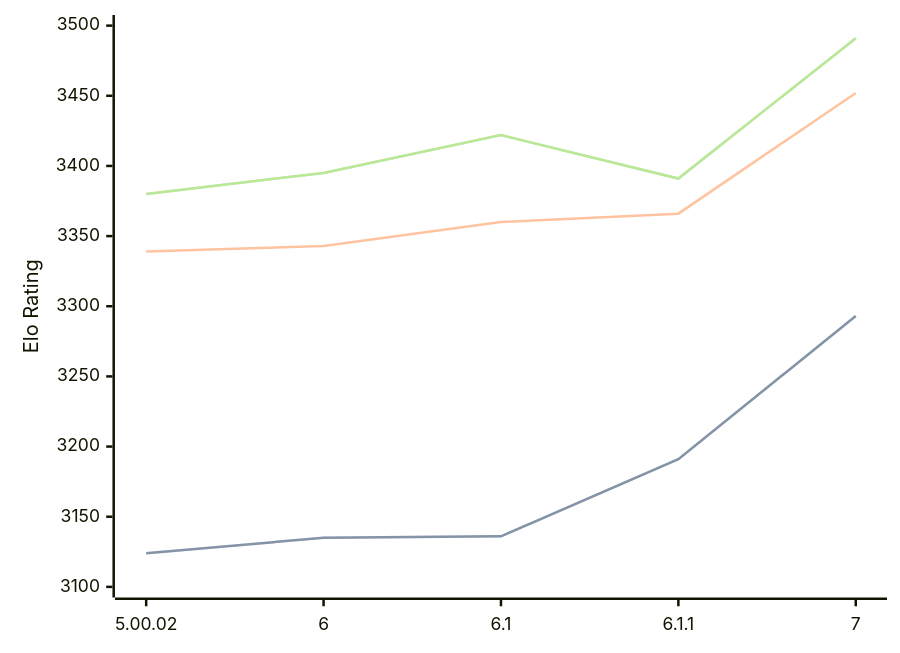
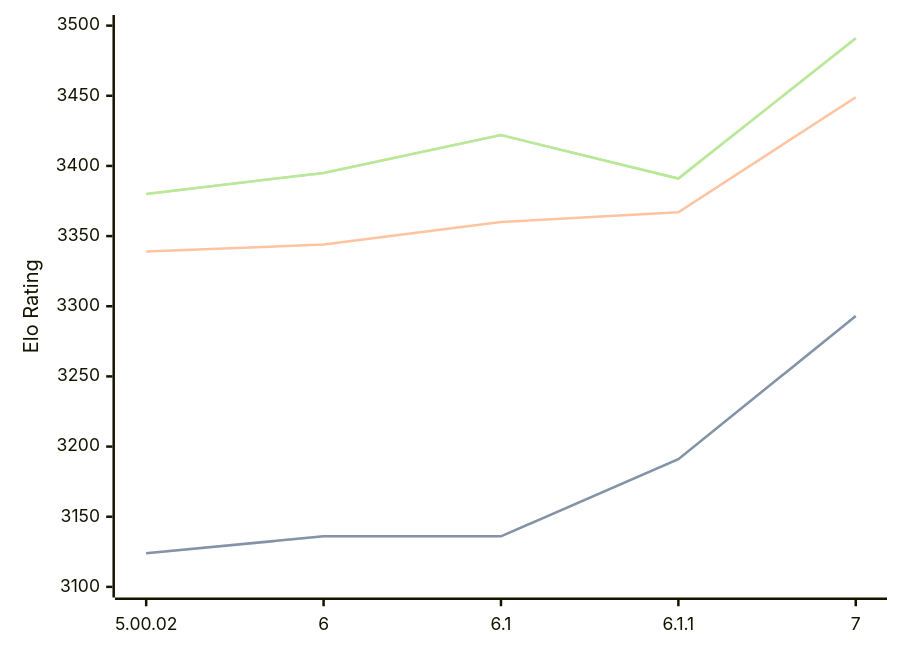
The diagram in engines/Zangdar.md (computer-chess-index/cci), drawn with Mermaid before and after one commit. The commit also changed other lines of this file, not shown here.

````diff
--- a/engines/Zangdar.md
+++ b/engines/Zangdar.md
@@ -47,11 +47,11 @@
 ```mermaid
 %%{init: {"theme":"base","themeVariables":{"seriesColors:['#a3a3a3','#222221','#faa371']}}}%%
 xychart-beta
   x-axis ["5.00.02", "6", "6.1", "6.1.1", "7"]
   y-axis "Elo Rating" 3100 --> 3500
-  line "STC (8.0+0.08s)" [3124, 3135, 3136, 3191, 3293]
-  line "STC (8.0+0.08s)" [3124, 3135, 3136, 3191, 3293]
-  line "LTC (60.0+0.60s)" [3339, 3343, 3360, 3366, 3452]
+  line "STC (8.0+0.08s)" [3124, 3136, 3136, 3191, 3293]
+  line "STC (8.0+0.08s)" [3124, 3136, 3136, 3191, 3293]
+  line "LTC (60.0+0.60s)" [3339, 3344, 3360, 3367, 3449]
   line "VLTC (2m24s+1.12s)" [3380, 3395, 3422, 3391, 3491]
   line "VLTC (2m24s+1.12s)" [3380, 3395, 3422, 3391, 3491]
 ```
````
